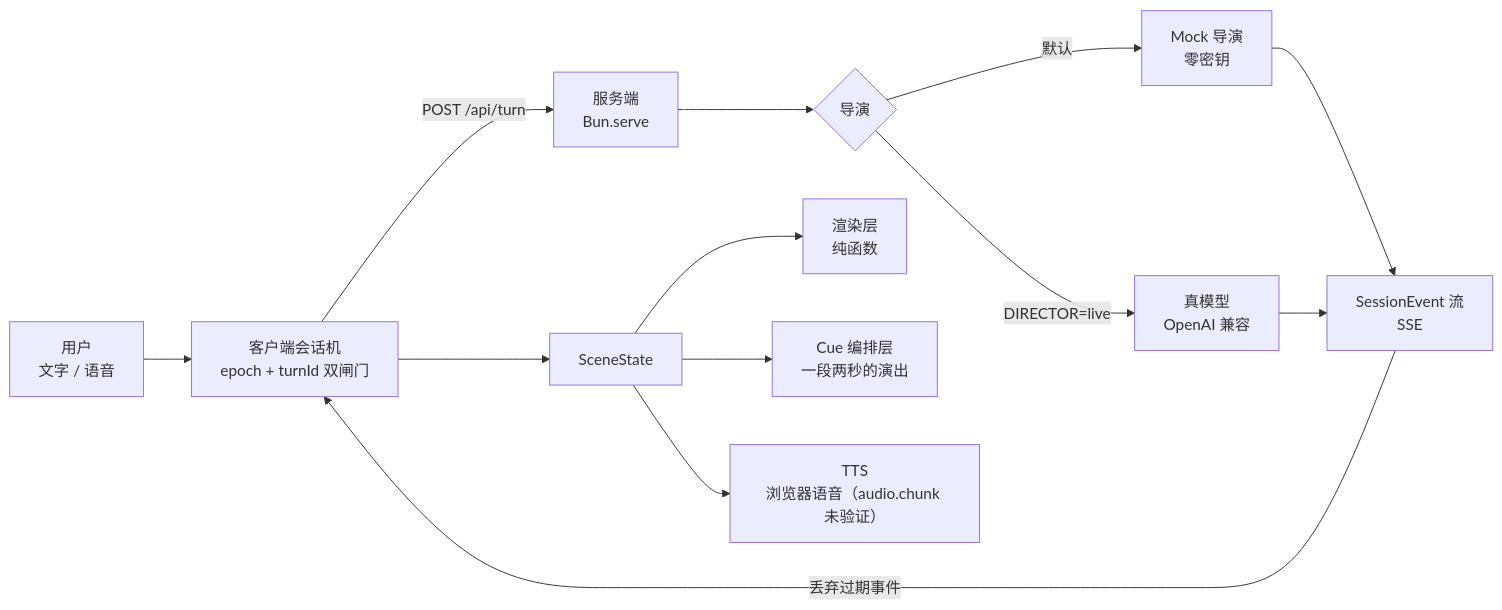
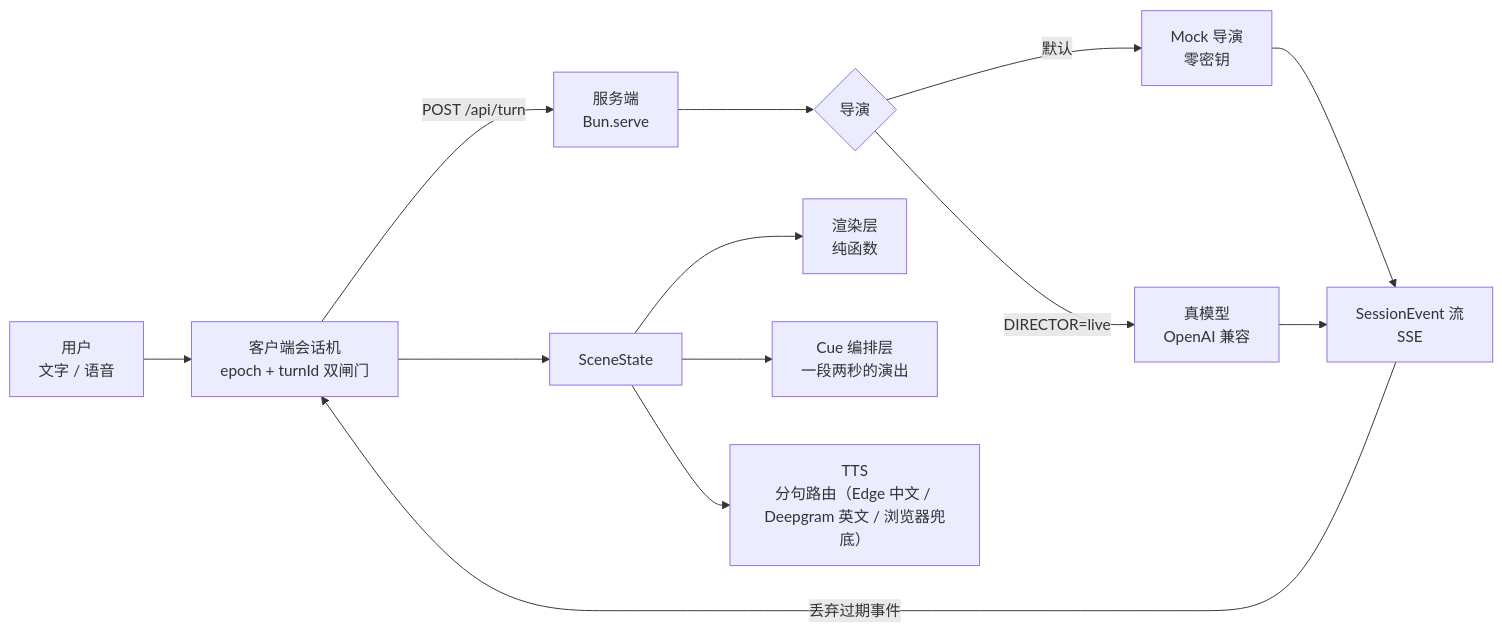
One commit to nolotus/mira-scene changed the diagram in README.md. Above: the diagram before and after it, drawn with Mermaid. The commit also changed other lines of this file and 6 other files, not shown here.

````diff
--- a/README.md
+++ b/README.md
@@ -42,15 +42,15 @@
 ```mermaid
 flowchart LR
   U[用户<br/>文字 / 语音] --> C[客户端会话机<br/>epoch + turnId 双闸门]
   C -->|POST /api/turn| S[服务端<br/>Bun.serve]
   S --> D{导演}
   D -->|默认| M[Mock 导演<br/>零密钥]
   D -->|DIRECTOR=live| L[真模型<br/>OpenAI 兼容]
   M --> E[SessionEvent 流<br/>SSE]
   L --> E
   E -->|丢弃过期事件| C
   C --> R[SceneState]
   R --> V[渲染层<br/>纯函数]
   R --> Q[Cue 编排层<br/>一段两秒的演出]
-  R --> T[TTS<br/>浏览器语音（audio.chunk 未验证）]
+  R --> T[TTS<br/>分句路由（Edge 中文 / Deepgram 英文 / 浏览器兜底）]
 ```
````
